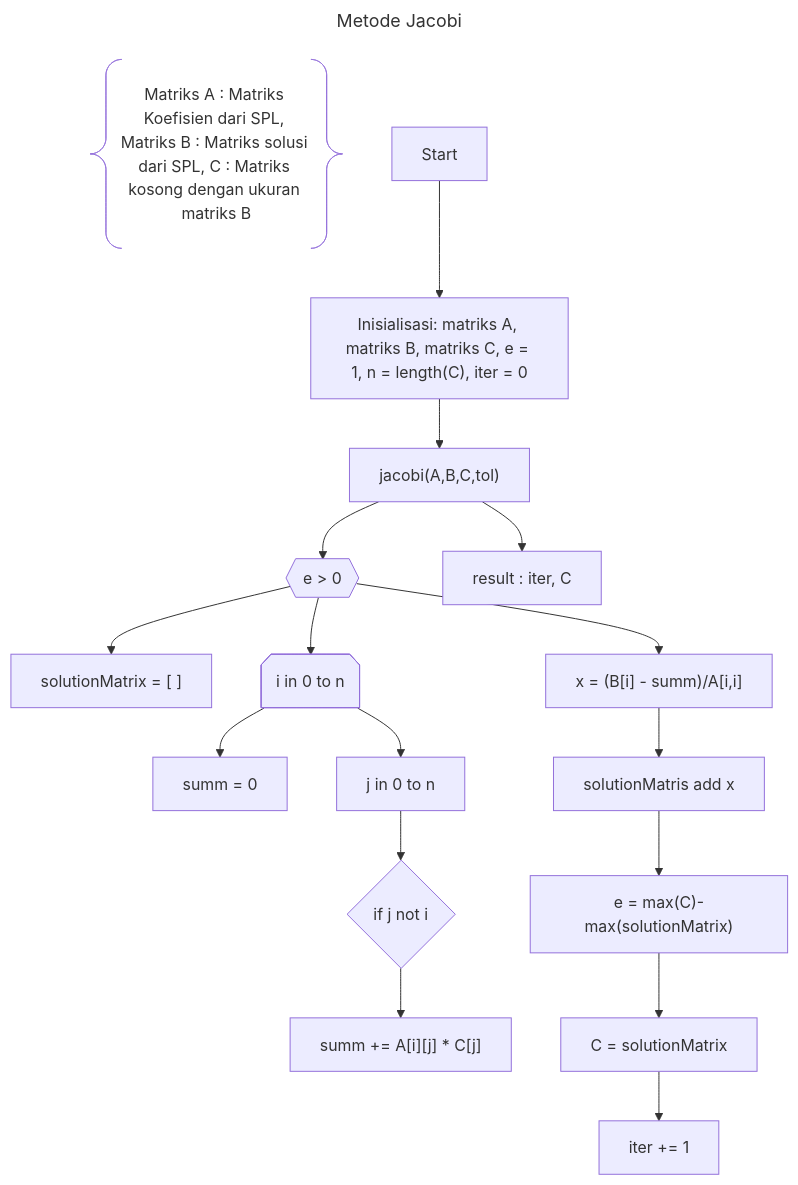
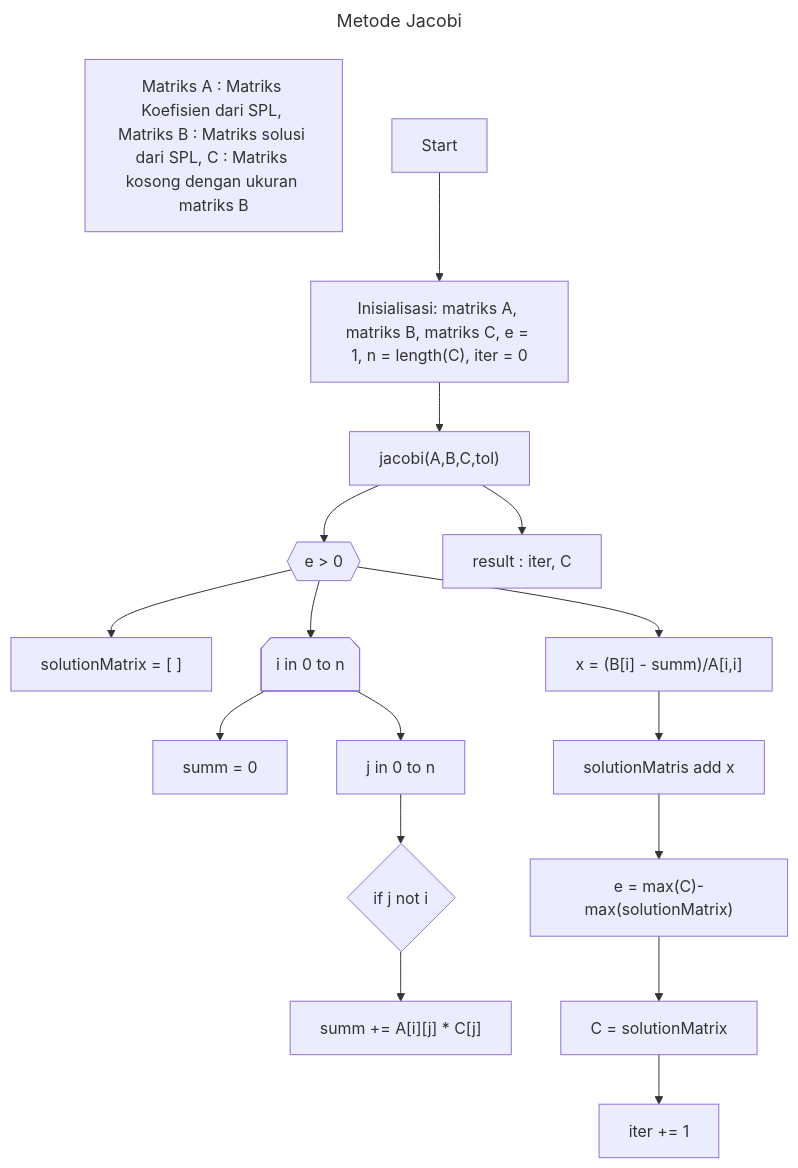
One commit to aslabkomfis/Komputasi-Numerik-24-25 changed the diagram in Modul-3/metode-jacobi.mmd. Above: the diagram before and after it, drawn with Mermaid.

```diff
--- a/Modul-3/metode-jacobi.mmd
+++ b/Modul-3/metode-jacobi.mmd
@@ -1,21 +1,21 @@
 ---
 title: Metode Jacobi    
 ---
 
 flowchart TD;
-    Z@{ shape: braces, label: "Matriks A : Matriks Koefisien dari SPL, Matriks B : Matriks solusi dari SPL, C : Matriks kosong dengan ukuran matriks B" } 
+    Z["Matriks A : Matriks Koefisien dari SPL, Matriks B : Matriks solusi dari SPL, C : Matriks kosong dengan ukuran matriks B"] 
     A[Start] --> B["Inisialisasi: matriks A, matriks B, matriks C, e = 1, n = length(C), iter = 0"] 
     B --> X["jacobi(A,B,C,tol)"]
     X --> C{{"e > 0"}}
     C --> D["solutionMatrix = [ ]"]
     C --> F@{shape: notch-pent, label: "i in 0 to n"}
     F --> G["summ = 0"]
     F --> H["j in 0 to n"]
     H --> I{"if j not i"}
     I --> J["summ += A[i][j] * C[j]"]
     C --> K["x = (B[i] - summ)/A[i,i]"]
     K --> L["solutionMatris add x"]
     L --> M["e = max(C)-max(solutionMatrix)"]
     M --> N["C = solutionMatrix"]
     N --> O["iter += 1"]
     X --> P["result : iter, C"]
```
